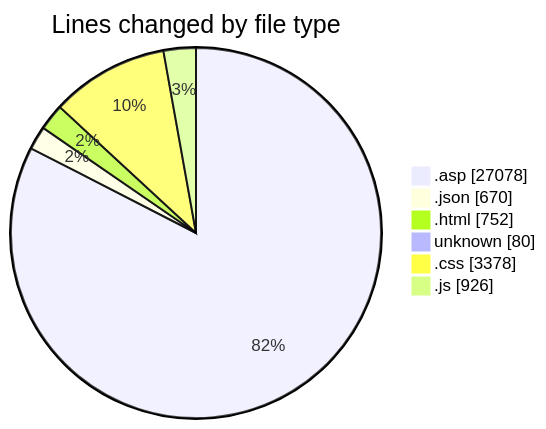
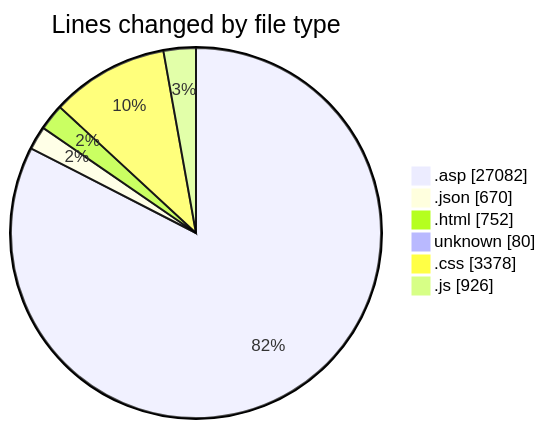
The first of 2 diagrams in 2025-11-01/cdp_aleoudev_fr__workspace_/README.md (julien-gomy/code-tracking), drawn with Mermaid before and after one commit. The commit also changed other lines of this file and 1 other file, not shown here.

````diff
--- a/2025-11-01/cdp_aleoudev_fr__workspace_/README.md
+++ b/2025-11-01/cdp_aleoudev_fr__workspace_/README.md
@@ -39,10 +39,10 @@
 ```mermaid
 pie showData
 title Lines changed by file type
-".asp" : 27078
+".asp" : 27082
 ".json" : 670
 ".html" : 752
 "unknown" : 80
 ".css" : 3378
 ".js" : 926
 ```
````
